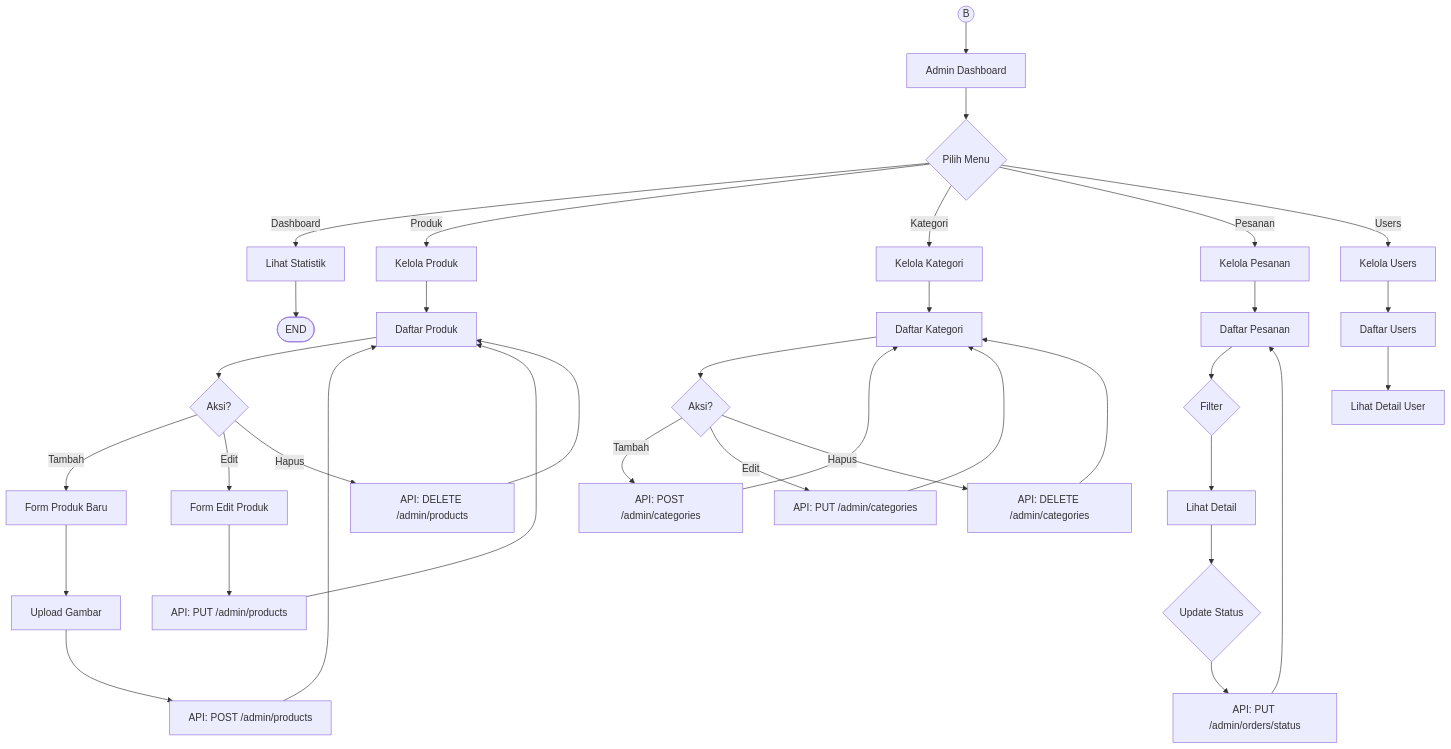
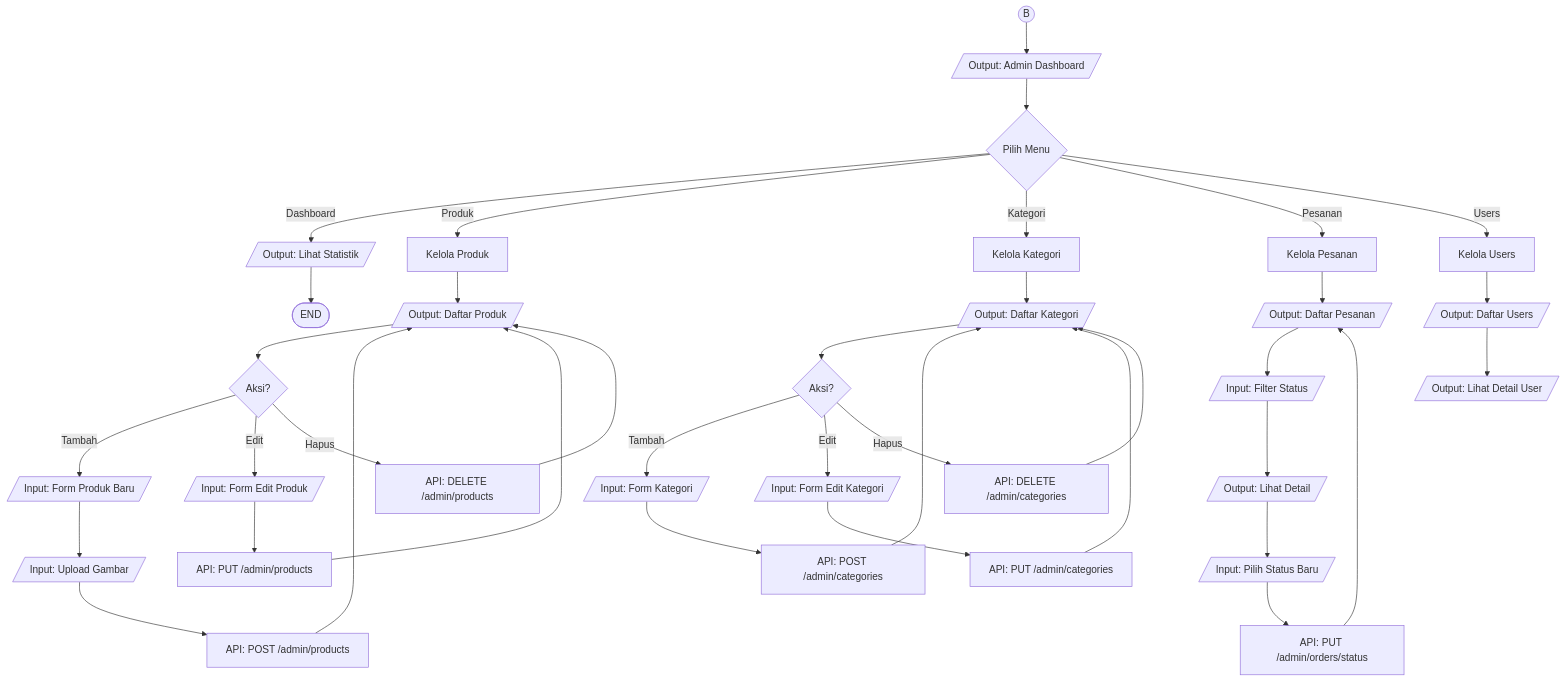
One commit to Wannzh/greeceri-store-fe changed the seventh of 7 diagrams in FLOWCHART.md. Above: the diagram before and after it, drawn with Mermaid. The commit also changed other lines of this file and 9 other files, not shown here.

Commit message:
Edit Flowchart

````diff
--- a/FLOWCHART.md
+++ b/FLOWCHART.md
@@ -293,52 +293,55 @@
 ```mermaid
 flowchart TD
-    ADMIN_START((B)) --> ADMIN_DASH[Admin Dashboard]
+    ADMIN_START((B)) --> ADMIN_DASH[/Output: Admin Dashboard/]
 
     ADMIN_DASH --> ADMIN_ACTION{Pilih Menu}
 
-    ADMIN_ACTION -->|Dashboard| STATS[Lihat Statistik]
+    ADMIN_ACTION -->|Dashboard| STATS[/Output: Lihat Statistik/]
     ADMIN_ACTION -->|Produk| ADMIN_PROD[Kelola Produk]
     ADMIN_ACTION -->|Kategori| ADMIN_CAT[Kelola Kategori]
     ADMIN_ACTION -->|Pesanan| ADMIN_ORDER[Kelola Pesanan]
     ADMIN_ACTION -->|Users| ADMIN_USER[Kelola Users]
 
     %% Product Management
-    ADMIN_PROD --> PROD_LIST[Daftar Produk]
+    ADMIN_PROD --> PROD_LIST[/Output: Daftar Produk/]
     PROD_LIST --> PROD_ACT{Aksi?}
-    PROD_ACT -->|Tambah| ADD_PROD[Form Produk Baru]
-    PROD_ACT -->|Edit| EDIT_PROD[Form Edit Produk]
+    PROD_ACT -->|Tambah| ADD_PROD[/Input: Form Produk Baru/]
+    PROD_ACT -->|Edit| EDIT_PROD[/Input: Form Edit Produk/]
     PROD_ACT -->|Hapus| DEL_PROD["API: DELETE /admin/products"]
 
-    ADD_PROD --> UPLOAD_IMG[Upload Gambar]
+    ADD_PROD --> UPLOAD_IMG[/Input: Upload Gambar/]
     UPLOAD_IMG --> SAVE_PROD["API: POST /admin/products"]
     EDIT_PROD --> UPDATE_PROD["API: PUT /admin/products"]
 
     SAVE_PROD --> PROD_LIST
     UPDATE_PROD --> PROD_LIST
     DEL_PROD --> PROD_LIST
 
     %% Category Management
-    ADMIN_CAT --> CAT_LIST[Daftar Kategori]
+    ADMIN_CAT --> CAT_LIST[/Output: Daftar Kategori/]
     CAT_LIST --> CAT_ACT{Aksi?}
-    CAT_ACT -->|Tambah| ADD_CAT["API: POST /admin/categories"]
-    CAT_ACT -->|Edit| EDIT_CAT["API: PUT /admin/categories"]
+    CAT_ACT -->|Tambah| ADD_CAT[/Input: Form Kategori/]
+    CAT_ACT -->|Edit| EDIT_CAT[/Input: Form Edit Kategori/]
     CAT_ACT -->|Hapus| DEL_CAT["API: DELETE /admin/categories"]
 
-    ADD_CAT --> CAT_LIST
-    EDIT_CAT --> CAT_LIST
+    ADD_CAT --> SAVE_CAT["API: POST /admin/categories"]
+    EDIT_CAT --> UPDATE_CAT["API: PUT /admin/categories"]
+
+    SAVE_CAT --> CAT_LIST
+    UPDATE_CAT --> CAT_LIST
     DEL_CAT --> CAT_LIST
 
     %% Order Management
-    ADMIN_ORDER --> ORDER_LIST[Daftar Pesanan]
-    ORDER_LIST --> ORDER_FILTER{Filter}
-    ORDER_FILTER --> VIEW_ORDER[Lihat Detail]
-    VIEW_ORDER --> UPDATE_STATUS{Update Status}
+    ADMIN_ORDER --> ORDER_LIST[/Output: Daftar Pesanan/]
+    ORDER_LIST --> ORDER_FILTER[/Input: Filter Status/]
+    ORDER_FILTER --> VIEW_ORDER[/Output: Lihat Detail/]
+    VIEW_ORDER --> UPDATE_STATUS[/Input: Pilih Status Baru/]
     UPDATE_STATUS --> STATUS_API["API: PUT /admin/orders/status"]
     STATUS_API --> ORDER_LIST
 
     %% User Management
-    ADMIN_USER --> USER_LIST[Daftar Users]
-    USER_LIST --> VIEW_USER[Lihat Detail User]
+    ADMIN_USER --> USER_LIST[/Output: Daftar Users/]
+    USER_LIST --> VIEW_USER[/Output: Lihat Detail User/]
 
     STATS --> END_ADMIN([END])
 ```
````
